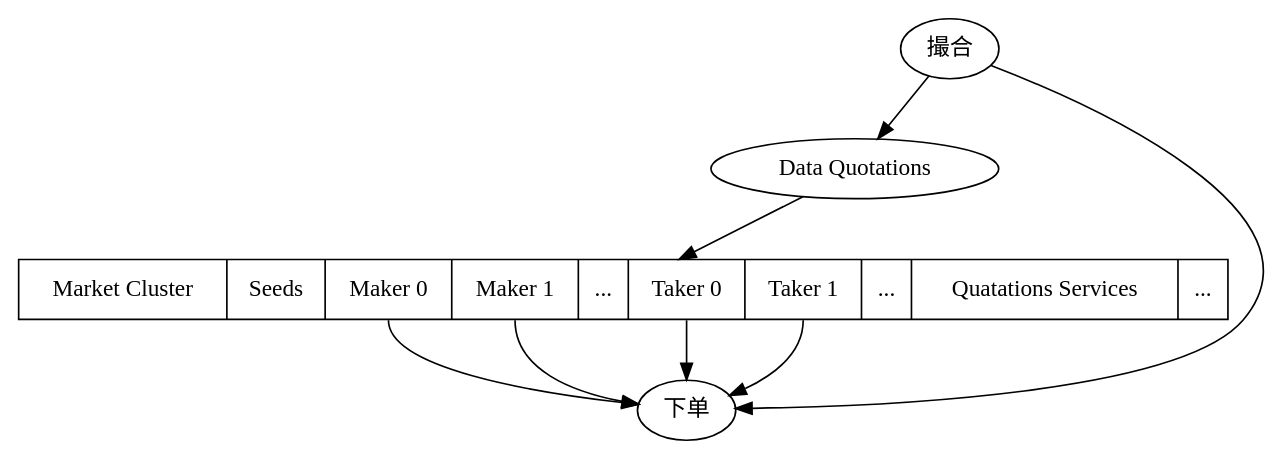
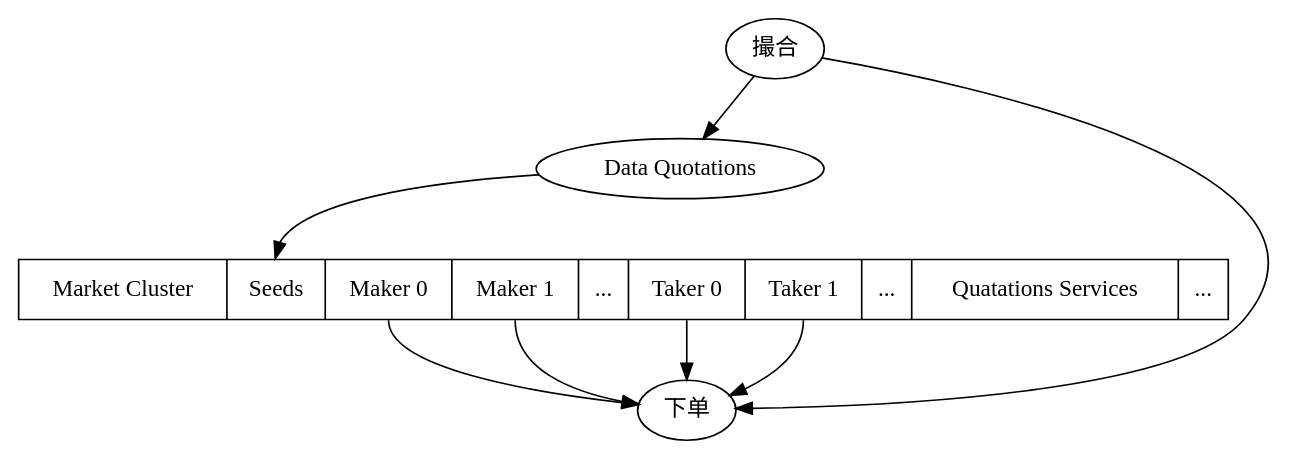
The diagram in docs/graphviz/cluster.dot (MarchLiu/market), drawn with Graphviz before and after one commit. The commit also changed 2 other files, not shown here.

```diff
--- a/docs/graphviz/cluster.dot
+++ b/docs/graphviz/cluster.dot
@@ -1,15 +1,15 @@
 digraph G {
 	"Data Quotations"
 	撮合
 	node0 [
 	      label = "Market Cluster|<f0>Seeds|<f1>Maker 0|<f2>Maker 1|...|<f3>Taker 0|<f4>Taker 1| ... |Quatations Services|..."
 	      shape = "record"
 	      ];
 	
-	撮合 -> "Data Quotations" -> node0
+	撮合 -> "Data Quotations" -> node0:f0
 	node0:f1 -> 下单
 	node0:f2 -> 下单
 	node0:f3 -> 下单
 	node0:f4 -> 下单
 	撮合 -> 下单
 }
```
